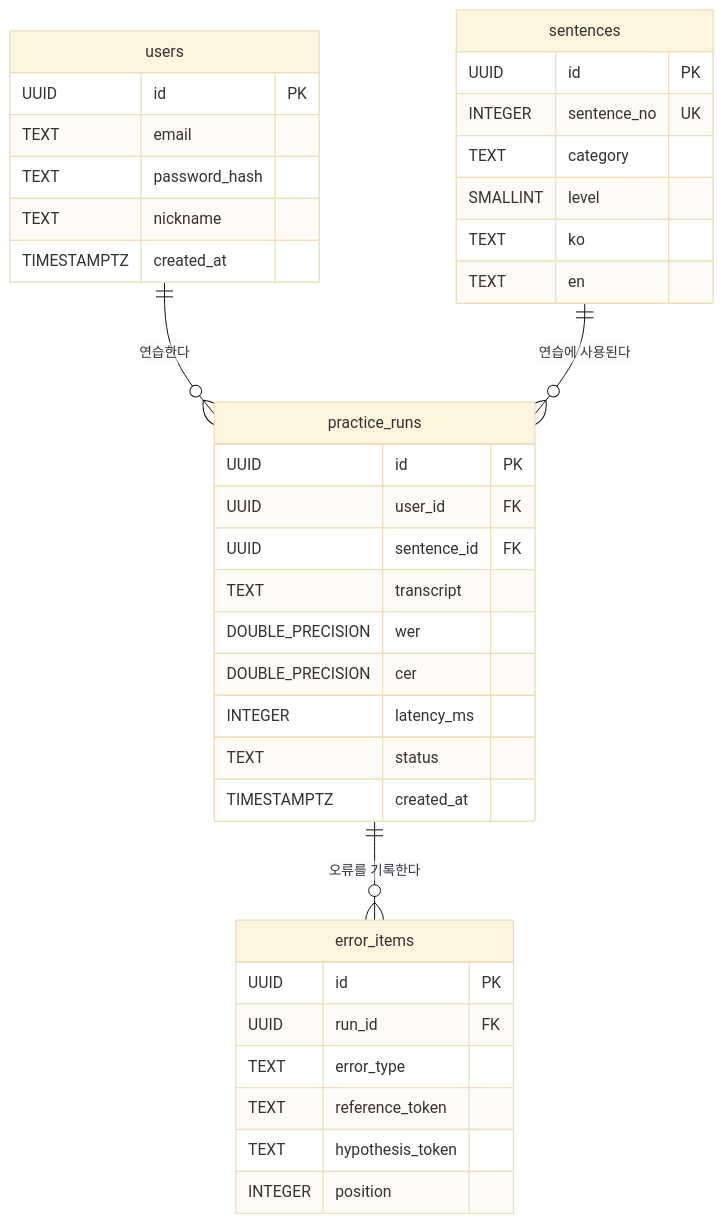
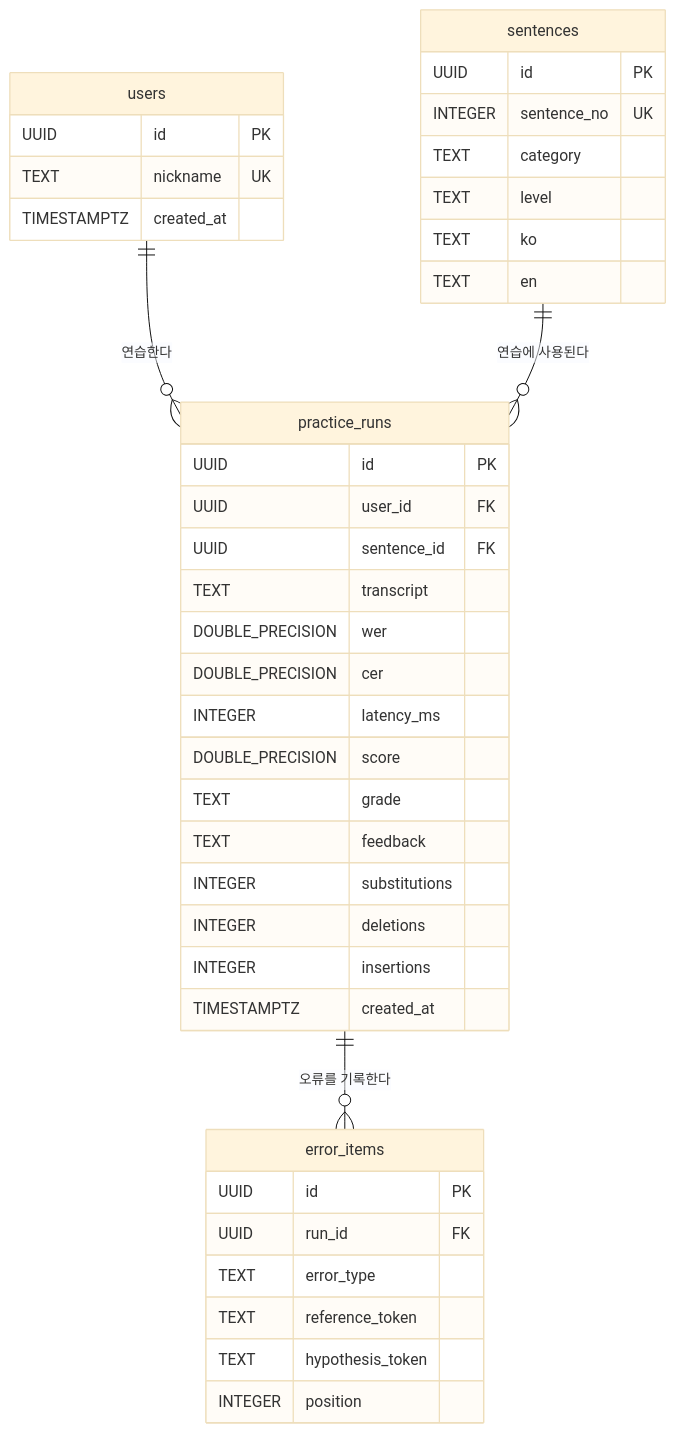
Before and after one commit to swj15935758-creator/only_clone: the first of 3 diagrams in ttsstt/day38/2팀_2차프로젝트_안내서&산출물양식/04_DB설계서.md, drawn with Mermaid (base theme). The commit also changed other lines of this file, not shown here.

````diff
--- a/ttsstt/day38/2팀_2차프로젝트_안내서&산출물양식/04_DB설계서.md
+++ b/ttsstt/day38/2팀_2차프로젝트_안내서&산출물양식/04_DB설계서.md
@@ -7,44 +7,47 @@
 ```mermaid
 erDiagram
     users ||--o{ practice_runs : "연습한다"
     sentences ||--o{ practice_runs : "연습에 사용된다"
     practice_runs ||--o{ error_items : "오류를 기록한다"
 
     users {
         UUID id PK
-        TEXT email
-        TEXT password_hash
-        TEXT nickname
+        TEXT nickname UK
         TIMESTAMPTZ created_at
     }
 
     sentences {
         UUID id PK
         INTEGER sentence_no UK
         TEXT category
-        SMALLINT level
+        TEXT level
         TEXT ko
         TEXT en
     }
 
     practice_runs {
         UUID id PK
         UUID user_id FK
         UUID sentence_id FK
         TEXT transcript
         DOUBLE_PRECISION wer
         DOUBLE_PRECISION cer
         INTEGER latency_ms
-        TEXT status
+        DOUBLE_PRECISION score
+        TEXT grade
+        TEXT feedback
+        INTEGER substitutions
+        INTEGER deletions
+        INTEGER insertions
         TIMESTAMPTZ created_at
     }
 
     error_items {
         UUID id PK
         UUID run_id FK
         TEXT error_type
         TEXT reference_token
         TEXT hypothesis_token
         INTEGER position
     }
 ```
````
